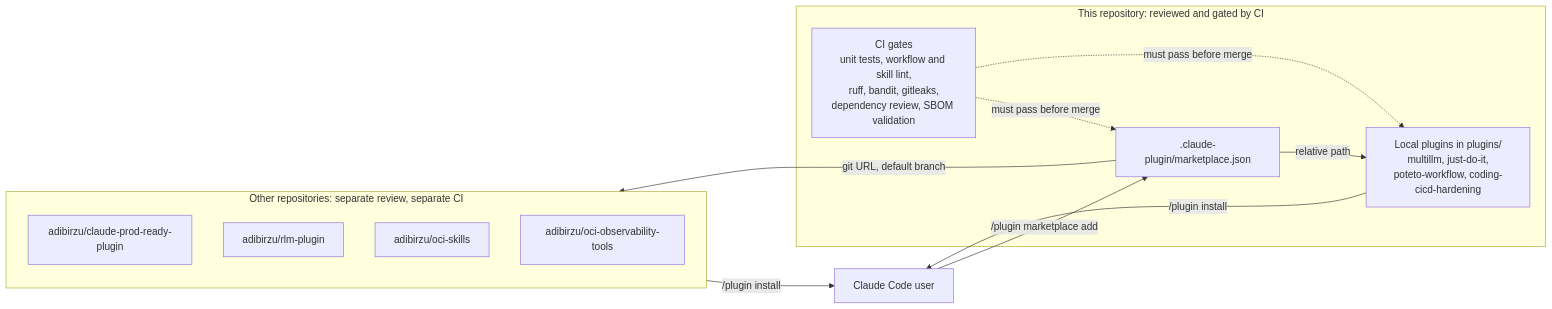
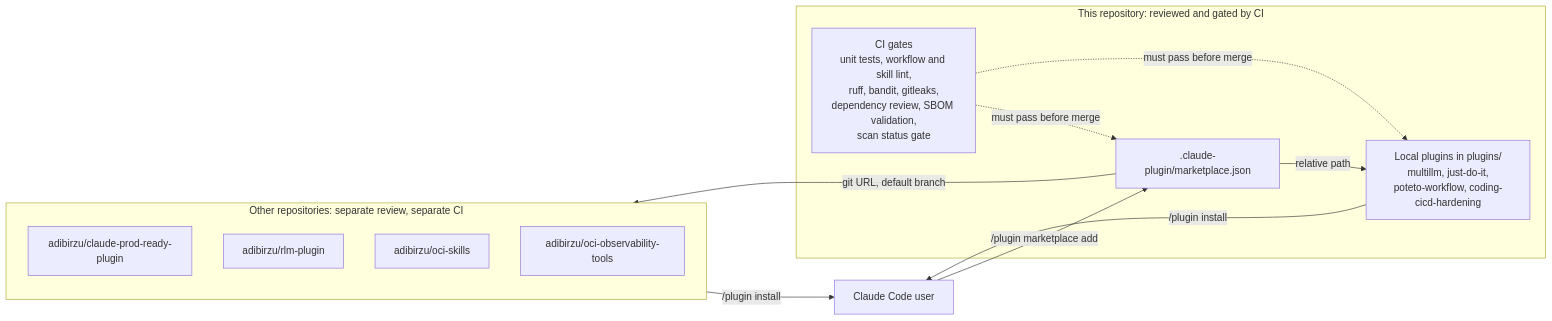
The diagram in README.md (adibirzu/adibirzu-plugins), drawn with Mermaid before and after one commit. The commit also changed other lines of this file and 10 other files, not shown here.

First line of the commit message:
fix: scan merge commits, publish plugin scan status, flag multillm

````diff
--- a/README.md
+++ b/README.md
@@ -52,24 +73,24 @@
 ```mermaid
 flowchart LR
     user["Claude Code user"] -->|"/plugin marketplace add"| manifest[".claude-plugin/marketplace.json"]
 
     subgraph repo["This repository: reviewed and gated by CI"]
         manifest
         local["Local plugins in plugins/<br/>multillm, just-do-it,<br/>poteto-workflow, coding-cicd-hardening"]
-        ci["CI gates<br/>unit tests, workflow and skill lint,<br/>ruff, bandit, gitleaks,<br/>dependency review, SBOM validation"]
+        ci["CI gates<br/>unit tests, workflow and skill lint,<br/>ruff, bandit, gitleaks,<br/>dependency review, SBOM validation,<br/>scan status gate"]
         manifest -->|"relative path"| local
         ci -.->|"must pass before merge"| manifest
         ci -.->|"must pass before merge"| local
     end
 
     subgraph remote["Other repositories: separate review, separate CI"]
         r1["adibirzu/claude-prod-ready-plugin"]
         r2["adibirzu/rlm-plugin"]
         r3["adibirzu/oci-skills"]
         r4["adibirzu/oci-observability-tools"]
     end
 
     manifest -->|"git URL, default branch"| remote
     local -->|"/plugin install"| user
     remote -->|"/plugin install"| user
 ```
````
